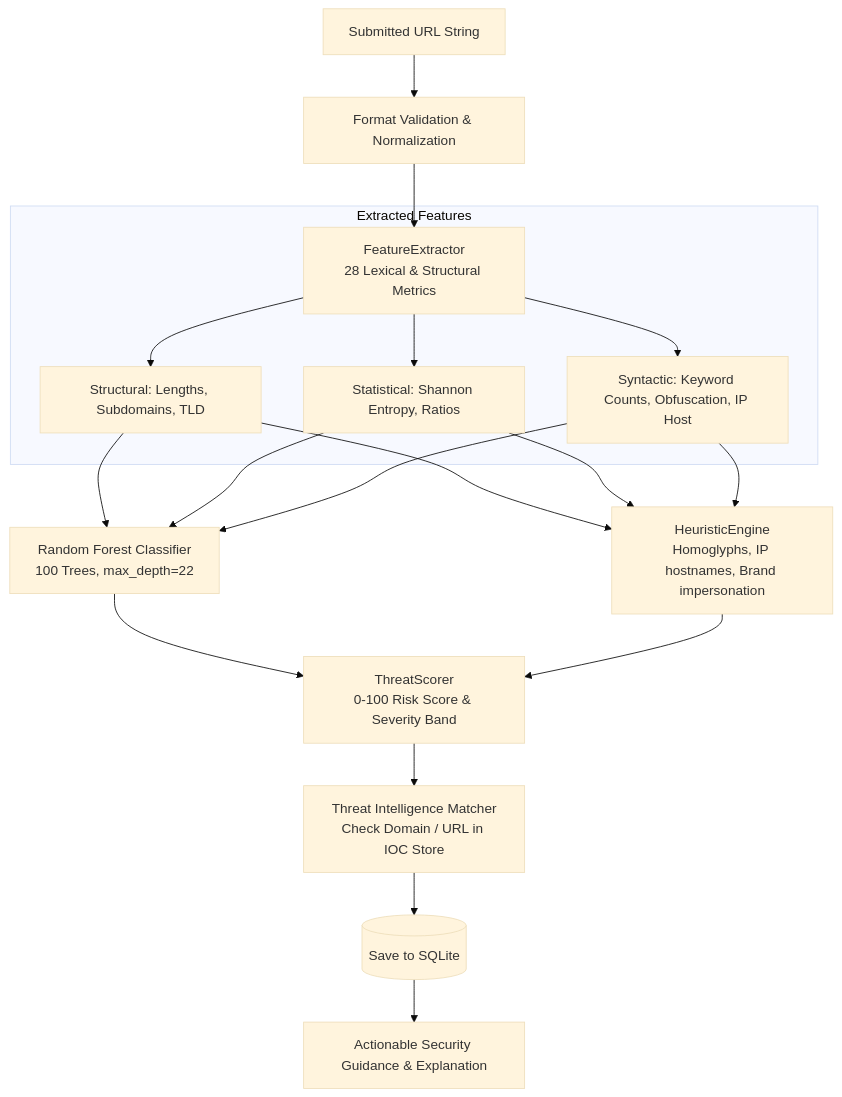
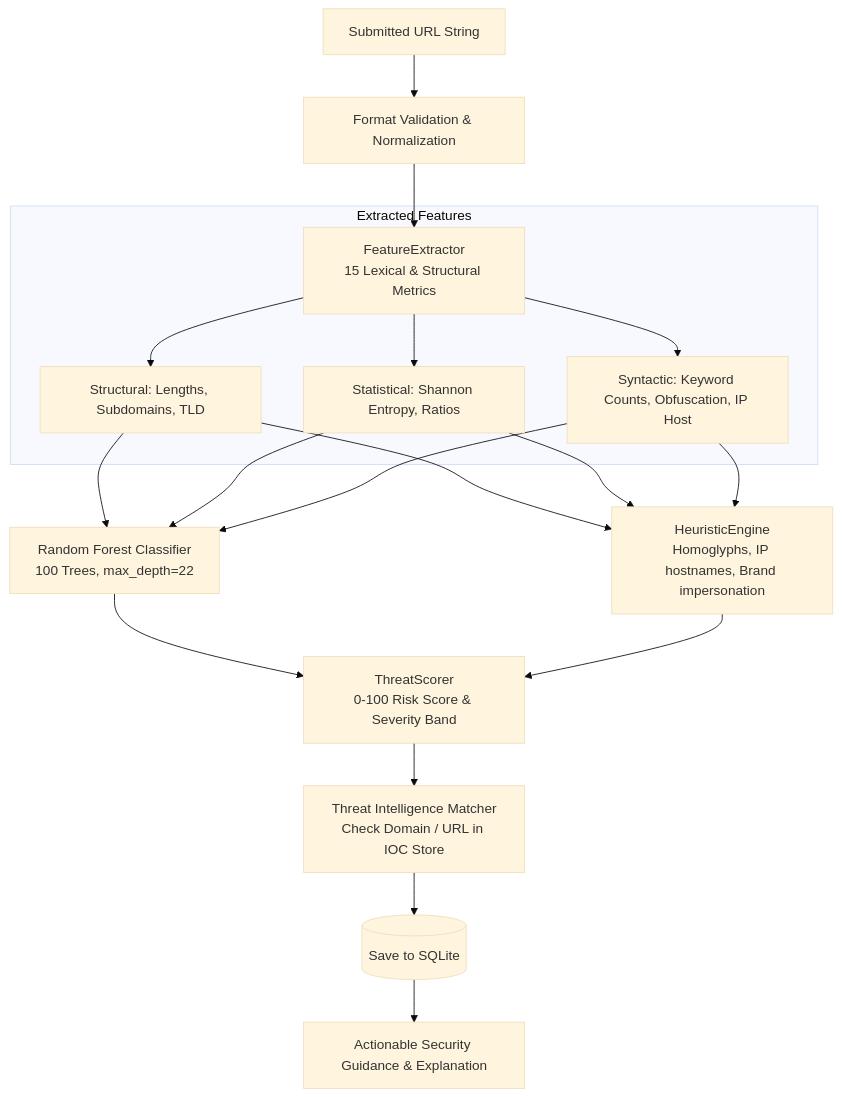
One commit to Advait251206/CIPHER changed the fourth of 8 diagrams in docs/architecture.md. Above: the diagram before and after it, drawn with Mermaid (base theme). The commit also changed other lines of this file and 61 other files, not shown here.

````diff
--- a/docs/architecture.md
+++ b/docs/architecture.md
@@ -112,21 +112,21 @@
 ```mermaid
 flowchart TD
     U[Submitted URL String] --> V[Format Validation & Normalization]
-    V --> FE[FeatureExtractor<br/>28 Lexical & Structural Metrics]
+    V --> FE[FeatureExtractor<br/>15 Lexical & Structural Metrics]
 
     subgraph Extraction["Extracted Features"]
         FE --> F1[Structural: Lengths, Subdomains, TLD]
         FE --> F2[Statistical: Shannon Entropy, Ratios]
         FE --> F3[Syntactic: Keyword Counts, Obfuscation, IP Host]
     end
 
     F1 & F2 & F3 --> ML[Random Forest Classifier<br/>100 Trees, max_depth=22]
     F1 & F2 & F3 --> HE[HeuristicEngine<br/>Homoglyphs, IP hostnames, Brand impersonation]
 
     ML --> TS[ThreatScorer<br/>0-100 Risk Score & Severity Band]
     HE --> TS
 
     TS --> TI[Threat Intelligence Matcher<br/>Check Domain / URL in IOC Store]
     TI --> DB[(Save to SQLite)]
     DB --> OUT[Actionable Security Guidance & Explanation]
 ```
````
